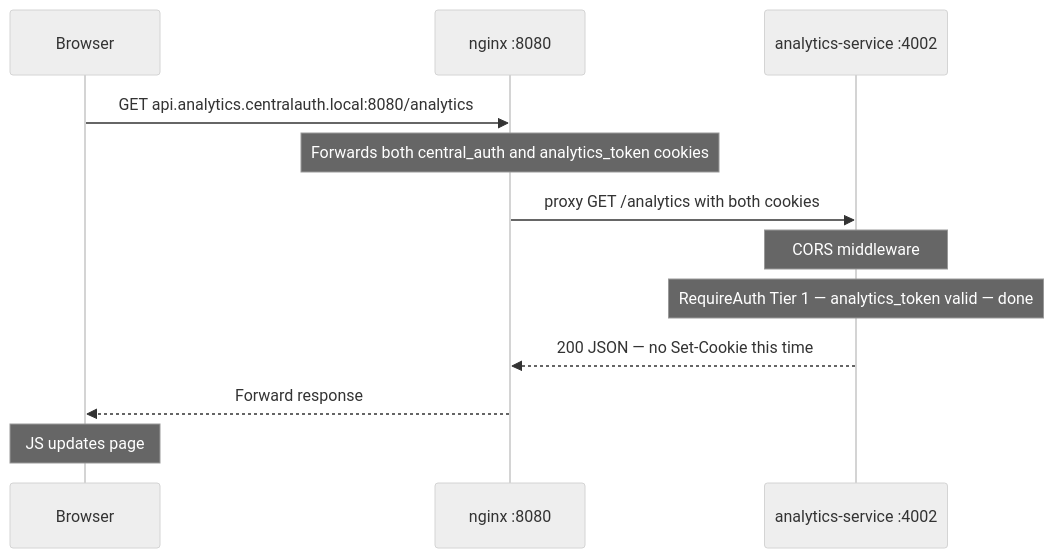
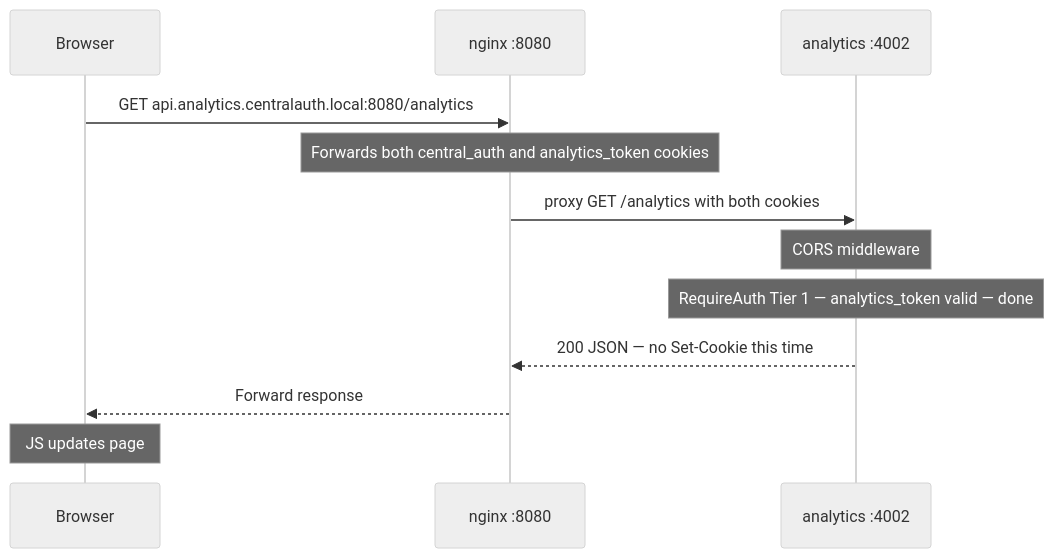
One commit to dimiklabs/central-auth changed diagram 14 of 15 in docs/architecture.md. Above: the diagram before and after it, drawn with Mermaid (neutral theme). The commit also changed other lines of this file and 88 other files, not shown here.

````diff
--- a/docs/architecture.md
+++ b/docs/architecture.md
@@ -457,18 +457,18 @@
 ```mermaid
 sequenceDiagram
     participant B  as Browser
     participant N  as nginx :8080
-    participant AP as analytics-service :4002
+    participant AP as analytics :4002
 
     B  ->> N:  GET api.analytics.centralauth.local:8080/analytics
     Note over N: Forwards both central_auth and analytics_token cookies
     N  ->> AP: proxy GET /analytics with both cookies
 
     Note over AP: CORS middleware
     Note over AP: RequireAuth Tier 1 — analytics_token valid — done
 
     AP -->> N: 200 JSON — no Set-Cookie this time
     N  -->> B: Forward response
 
     Note over B: JS updates page
 ```
````
